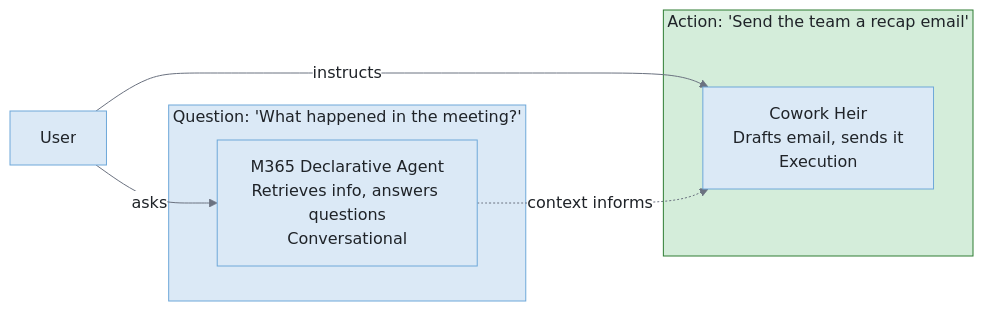
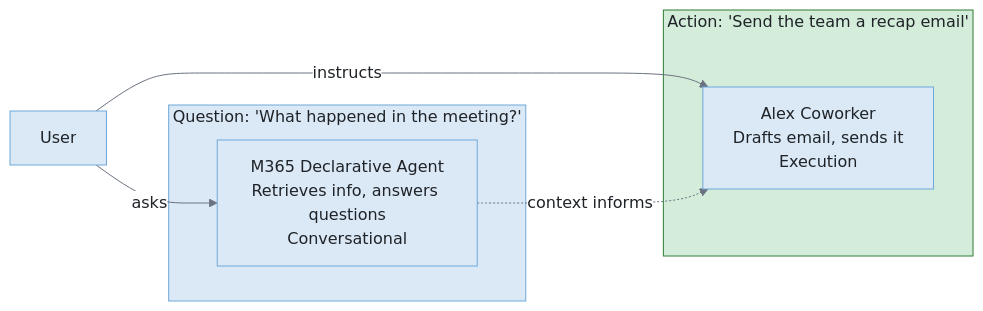
One commit to fabioc-aloha/Alex_Plug_In changed the eighth of 8 diagrams in alex_docs/cowork/ARCHITECTURE.md. Above: the diagram before and after it, drawn with Mermaid. The commit also changed other lines of this file and 5 other files, not shown here.

First line of the commit message:
docs: rename Cowork heir to Alex Coworker

````diff
--- a/alex_docs/cowork/ARCHITECTURE.md
+++ b/alex_docs/cowork/ARCHITECTURE.md
@@ -560,20 +560,20 @@
 ```mermaid
 %%{init: {'theme': 'base', 'themeVariables': {'background': '#f8f9fa', 'primaryColor': '#dbe9f6', 'primaryTextColor': '#1f2328', 'primaryBorderColor': '#6ea8d9', 'lineColor': '#6b7280', 'secondaryColor': '#d4f5f7', 'secondaryBorderColor': '#5ab5a0', 'edgeLabelBackground': '#ffffff', 'fontFamily': 'Segoe UI, system-ui, sans-serif'}}}%%
 flowchart LR
     USER["User"]
 
     subgraph QUESTION["Question: 'What happened in the meeting?'"]
         M365_AGENT["M365 Declarative Agent<br/>Retrieves info, answers questions<br/>Conversational"]
     end
 
     subgraph ACTION["Action: 'Send the team a recap email'"]
-        COWORK_AGENT["Cowork Heir<br/>Drafts email, sends it<br/>Execution"]
+        COWORK_AGENT["Alex Coworker<br/>Drafts email, sends it<br/>Execution"]
     end
 
     USER -->|"asks"| M365_AGENT
     USER -->|"instructs"| COWORK_AGENT
     M365_AGENT -.->|"context informs"| COWORK_AGENT
 
     style QUESTION fill:#dbe9f6,stroke:#6ea8d9,color:#1f2328
     style ACTION fill:#d4edda,stroke:#2e7d32,color:#1f2328
 ```
````
